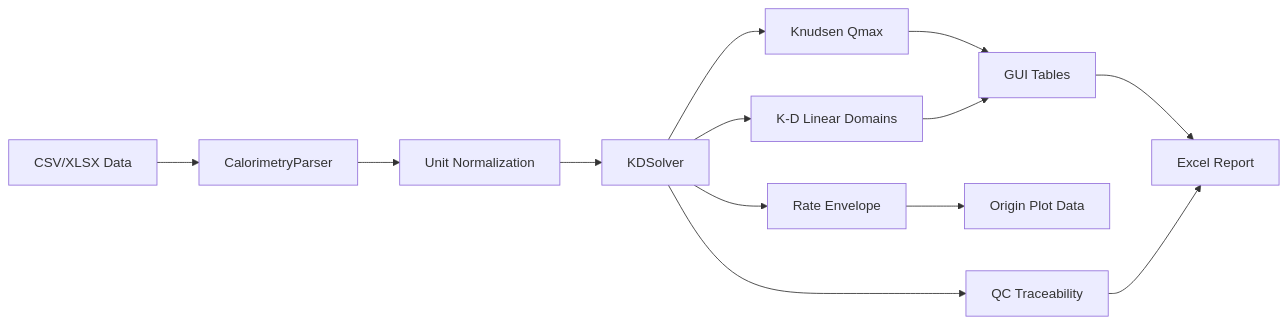
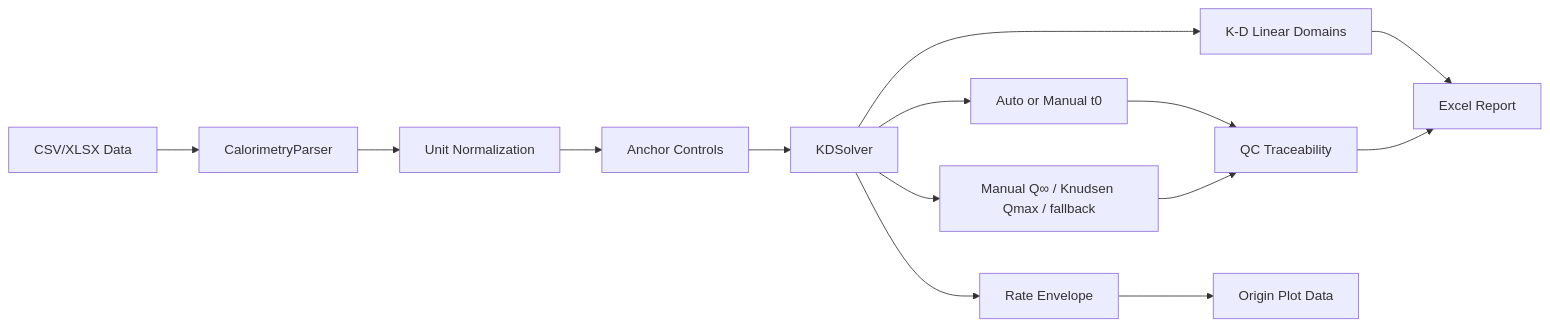
The diagram in README.md (liqinglq666/Hydration-Kinetics-Pro), drawn with Mermaid before and after one commit. The commit also changed other lines of this file, not shown here.

Commit message:
Document manual t0 and manual Qmax controls

````diff
--- a/README.md
+++ b/README.md
@@ -141,15 +174,16 @@
 ```mermaid
 flowchart LR
     A[CSV/XLSX Data] --> B[CalorimetryParser]
     B --> C[Unit Normalization]
-    C --> D[KDSolver]
-    D --> E[Knudsen Qmax]
-    D --> F[K-D Linear Domains]
-    D --> G[Rate Envelope]
-    E --> H[GUI Tables]
-    F --> H
-    G --> I[Origin Plot Data]
-    H --> J[Excel Report]
-    D --> K[QC Traceability]
-    K --> J
+    C --> D[Anchor Controls]
+    D --> E[KDSolver]
+    E --> F[Auto or Manual t0]
+    E --> G[Manual Q∞ / Knudsen Qmax / fallback]
+    E --> H[K-D Linear Domains]
+    E --> I[Rate Envelope]
+    F --> J[QC Traceability]
+    G --> J
+    H --> K[Excel Report]
+    I --> L[Origin Plot Data]
+    J --> K
 ```
````
